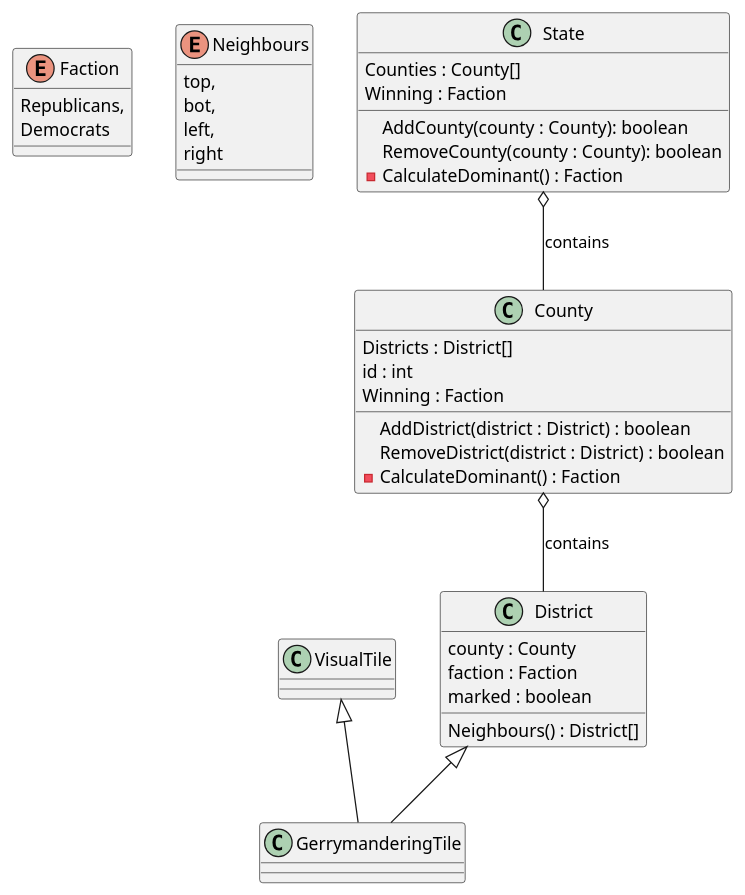
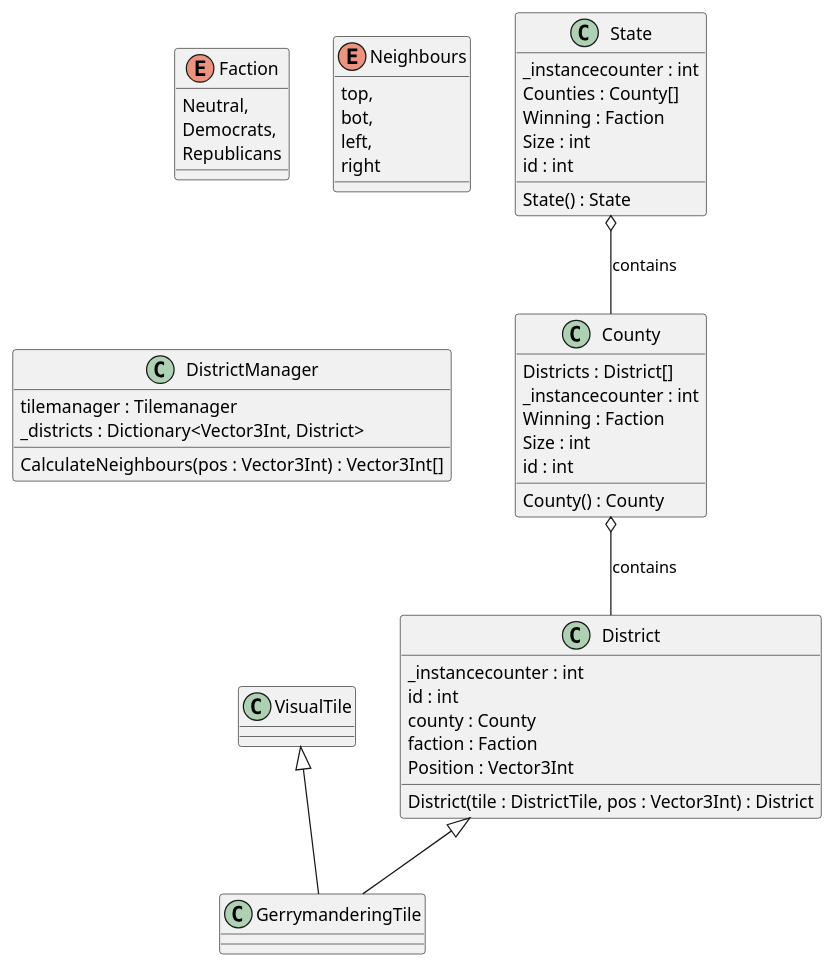
The diagram in obsidian/Gerrymandering/Class Diagramm.md (Buecherregale/Gerrymandering), drawn with PlantUML before and after one commit.

Commit message:
updated Class Diagramm.md

````diff
--- a/obsidian/Gerrymandering/Class Diagramm.md
+++ b/obsidian/Gerrymandering/Class Diagramm.md
@@ -2,53 +2,63 @@
 ```plantuml
 
 enum Faction {
- Republicans,
- Democrats
+ Neutral,
+ Democrats,
+ Republicans
 }
 
 enum Neighbours {
 	top,
 	bot,
 	left,
 	right
 }
 
 class GerrymanderingTile {
 
 }
 
 class VisualTile {
 
 }
 
 class District {
+	_instancecounter : int
+	id : int
 	county : County
 	faction : Faction 
-	marked : boolean
-	Neighbours() : District[] 
+	Position : Vector3Int
+	District(tile : DistrictTile, pos : Vector3Int) : District
 }
 
 class County {
 	Districts : District[]
-	id : int
-	Winning : Faction 
-	AddDistrict(district : District) : boolean
-	RemoveDistrict(district : District) : boolean
-	- CalculateDominant() : Faction
+	_instancecounter : int
+	Winning : Faction
+	Size : int
+	id : int 
+	County() : County
 }
 
 class State {
+	_instancecounter : int
 	Counties : County[]
 	Winning : Faction
-	AddCounty(county : County): boolean
-	RemoveCounty(county : County): boolean
-	- CalculateDominant() : Faction
+	Size : int
+	id : int
+	State() : State
+}
+
+class DistrictManager {
+	tilemanager : Tilemanager
+	_districts : Dictionary<Vector3Int, District>
+	CalculateNeighbours(pos : Vector3Int) : Vector3Int[]
 }
 
 District <|-- GerrymanderingTile
 VisualTile <|-- GerrymanderingTile
 County o-- District : contains
 State o-- County : contains
 
 
 ```
````
